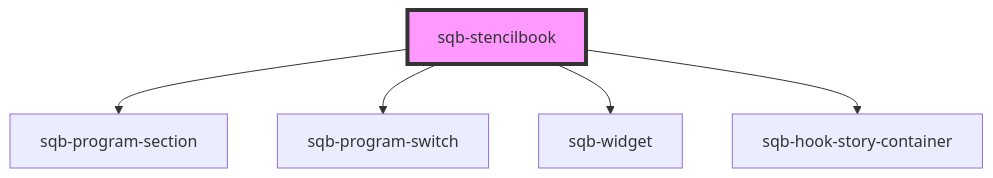
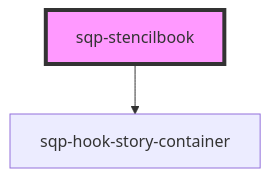
Before and after one commit to saasquatch/program-tools: the diagram in packages/paypal-components/src/components/sqp-stencilbook/readme.md, drawn with Mermaid. The commit also changed other lines of this file and 12 other files, not shown here.

````diff
--- a/packages/paypal-components/src/components/sqp-stencilbook/readme.md
+++ b/packages/paypal-components/src/components/sqp-stencilbook/readme.md
@@ -18,8 +15,5 @@
 ```mermaid
 graph TD;
-  sqb-stencilbook --> sqb-program-section
-  sqb-stencilbook --> sqb-program-switch
-  sqb-stencilbook --> sqb-widget
-  sqb-stencilbook --> sqb-hook-story-container
-  style sqb-stencilbook fill:#f9f,stroke:#333,stroke-width:4px
+  sqp-stencilbook --> sqp-hook-story-container
+  style sqp-stencilbook fill:#f9f,stroke:#333,stroke-width:4px
 ```
````
